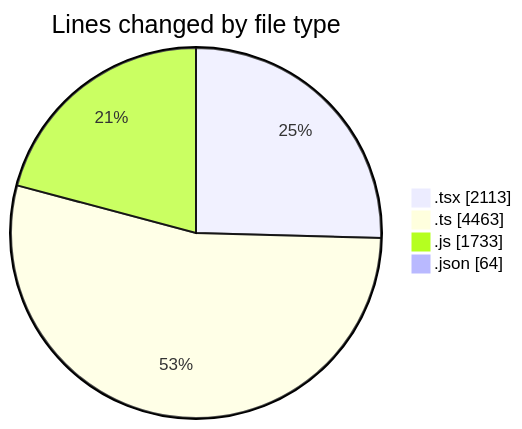
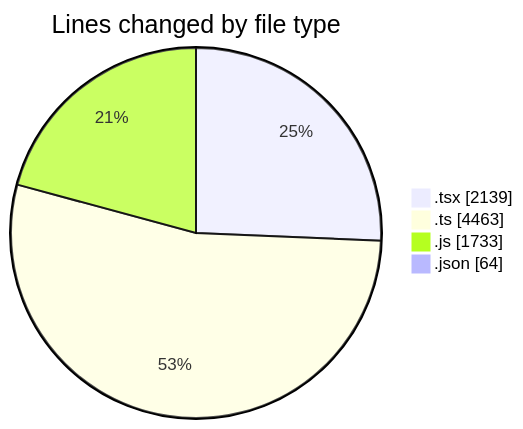
Before and after one commit to momahboobian/code-tracking: the first of 2 diagrams in 2026-07-30/cda/README.md, drawn with Mermaid. The commit also changed other lines of this file and 1 other file, not shown here.

````diff
--- a/2026-07-30/cda/README.md
+++ b/2026-07-30/cda/README.md
@@ -47,8 +47,8 @@
 ```mermaid
 pie showData
 title Lines changed by file type
-".tsx" : 2113
+".tsx" : 2139
 ".ts" : 4463
 ".js" : 1733
 ".json" : 64
 ```
````
